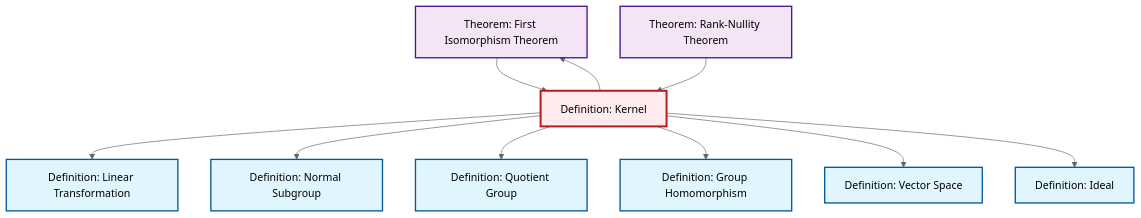
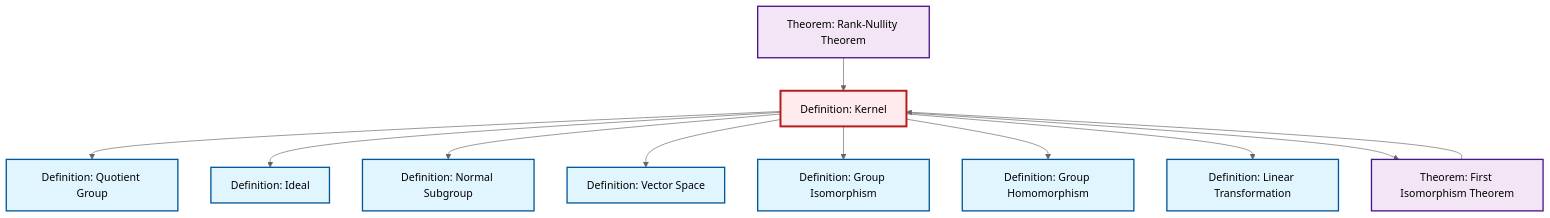
Before and after one commit to RK0429/ModernMath: the diagram in content/en/algebra/def-kernel.qmd, drawn with Mermaid (neutral theme). The commit also changed 581 other files, not shown here.

````diff
--- a/content/en/algebra/def-kernel.qmd
+++ b/content/en/algebra/def-kernel.qmd
@@ -80,36 +80,39 @@
 ```{mermaid}
 %%| fig-cap: "Local dependency graph"
 graph TD
     classDef definition fill:#e1f5fe,stroke:#01579b,stroke-width:2px
     classDef theorem fill:#f3e5f5,stroke:#4a148c,stroke-width:2px
     classDef axiom fill:#fff3e0,stroke:#e65100,stroke-width:2px
     classDef example fill:#e8f5e9,stroke:#1b5e20,stroke-width:2px
     classDef current fill:#ffebee,stroke:#b71c1c,stroke-width:3px
-    def-homomorphism["Definition: Group Homomorphism"]:::definition
-    def-ideal["Definition: Ideal"]:::definition
-    thm-first-isomorphism["Theorem: First Isomorphism Theorem"]:::theorem
-    def-linear-transformation["Definition: Linear Transformation"]:::definition
-    def-quotient-group["Definition: Quotient Group"]:::definition
     def-vector-space["Definition: Vector Space"]:::definition
     thm-rank-nullity["Theorem: Rank-Nullity Theorem"]:::theorem
+    def-quotient-group["Definition: Quotient Group"]:::definition
+    def-ideal["Definition: Ideal"]:::definition
+    def-linear-transformation["Definition: Linear Transformation"]:::definition
+    def-isomorphism["Definition: Group Isomorphism"]:::definition
     def-kernel["Definition: Kernel"]:::definition
+    thm-first-isomorphism["Theorem: First Isomorphism Theorem"]:::theorem
+    def-homomorphism["Definition: Group Homomorphism"]:::definition
     def-normal-subgroup["Definition: Normal Subgroup"]:::definition
+    def-kernel --> def-quotient-group
+    thm-rank-nullity --> def-kernel
+    thm-first-isomorphism --> def-kernel
+    def-kernel --> def-ideal
+    def-kernel --> def-normal-subgroup
+    def-kernel --> def-vector-space
+    def-kernel --> def-isomorphism
+    def-kernel --> def-homomorphism
     def-kernel --> def-linear-transformation
-    def-kernel --> def-normal-subgroup
-    def-kernel --> def-quotient-group
-    def-kernel --> def-homomorphism
-    def-kernel --> def-vector-space
     def-kernel --> thm-first-isomorphism
-    thm-first-isomorphism --> def-kernel
-    thm-rank-nullity --> def-kernel
-    def-kernel --> def-ideal
     class def-kernel current
-    click def-homomorphism "def-homomorphism.html" "Go to Group Homomorphism definition"
-    click def-ideal "def-ideal.html" "Go to Ideal definition"
-    click thm-first-isomorphism "thm-first-isomorphism.html" "Go to First Isomorphism Theorem theorem"
-    click def-linear-transformation "def-linear-transformation.html" "Go to Linear Transformation definition"
-    click def-quotient-group "def-quotient-group.html" "Go to Quotient Group definition"
     click def-vector-space "def-vector-space.html" "Go to Vector Space definition"
     click thm-rank-nullity "thm-rank-nullity.html" "Go to Rank-Nullity Theorem theorem"
+    click def-quotient-group "def-quotient-group.html" "Go to Quotient Group definition"
+    click def-ideal "def-ideal.html" "Go to Ideal definition"
+    click def-linear-transformation "def-linear-transformation.html" "Go to Linear Transformation definition"
+    click def-isomorphism "def-isomorphism.html" "Go to Group Isomorphism definition"
+    click thm-first-isomorphism "thm-first-isomorphism.html" "Go to First Isomorphism Theorem theorem"
+    click def-homomorphism "def-homomorphism.html" "Go to Group Homomorphism definition"
     click def-normal-subgroup "def-normal-subgroup.html" "Go to Normal Subgroup definition"
 ```
````
